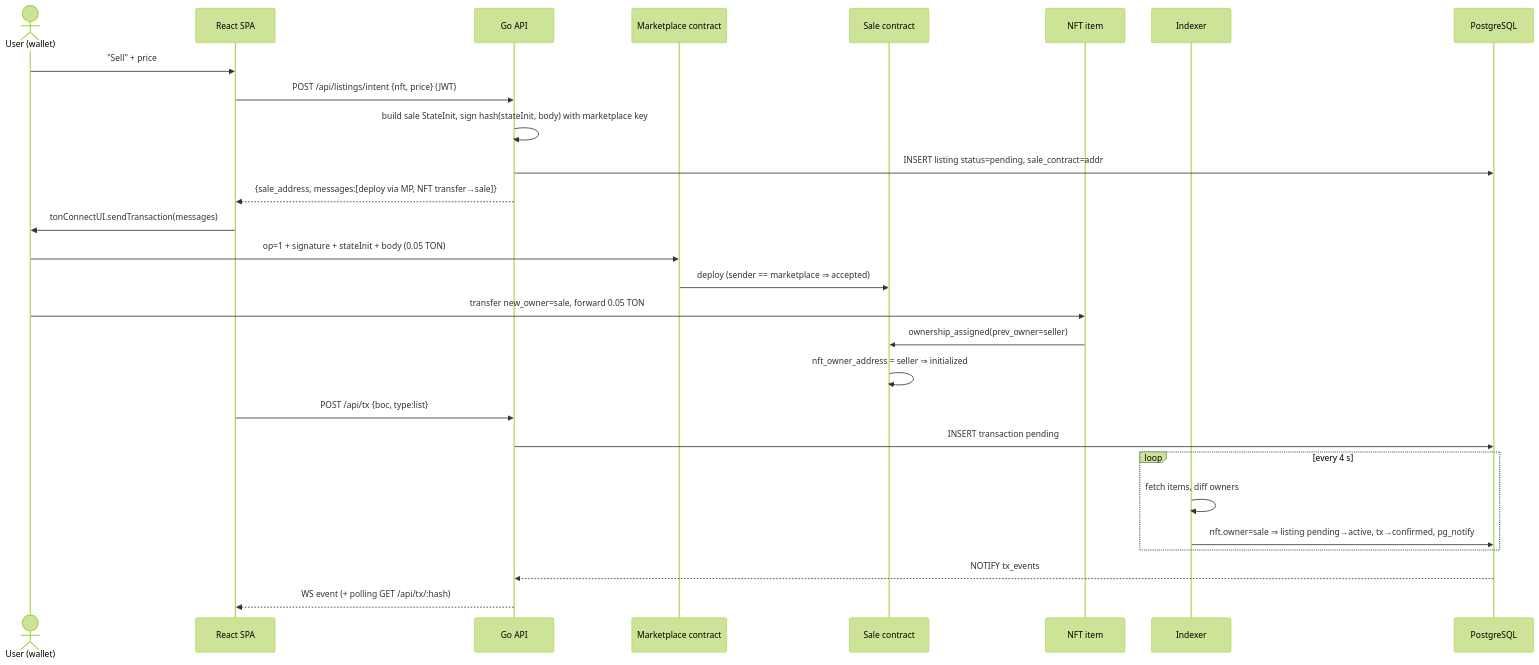
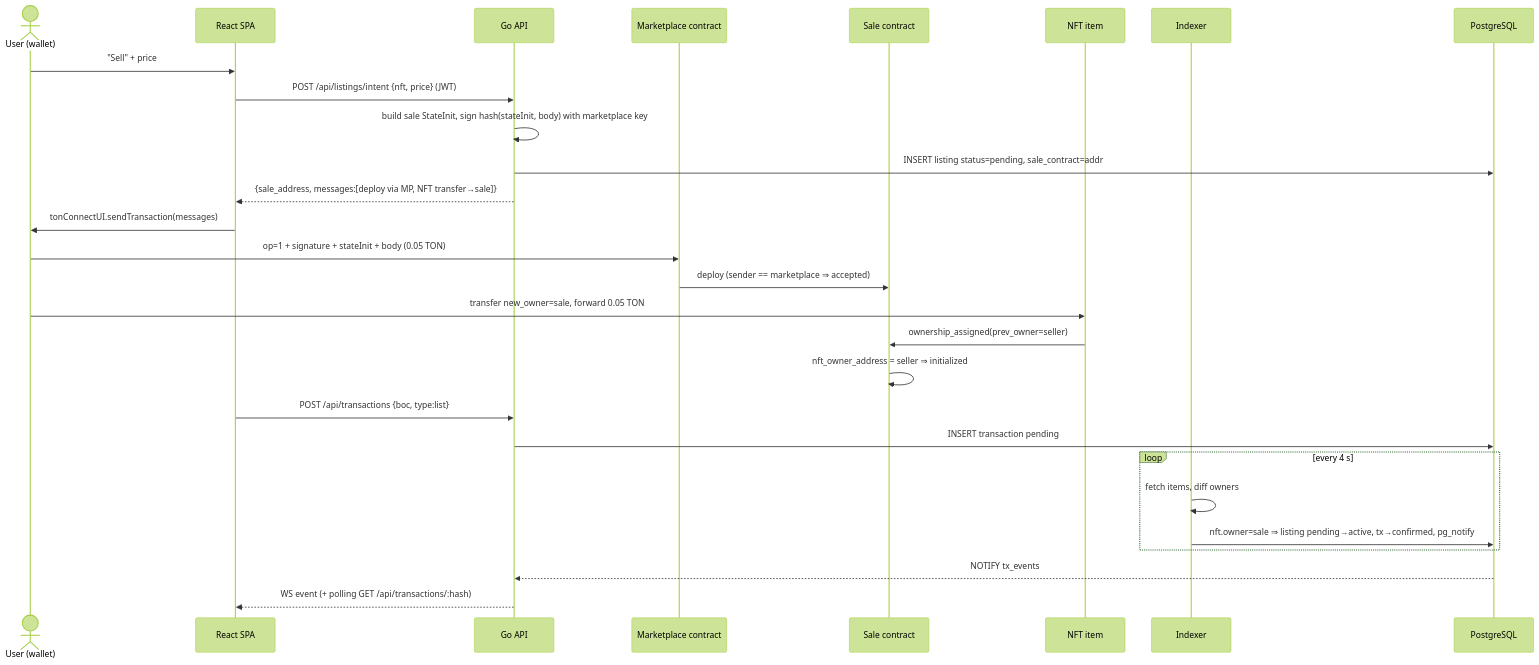
Before and after one commit to setdarovDEV/ton: the second of 3 diagrams in docs/architecture.md, drawn with Mermaid (forest theme). The commit also changed other lines of this file and 40 other files, not shown here.

First line of the commit message:
refactor: address architecture review findings

````diff
--- a/docs/architecture.md
+++ b/docs/architecture.md
@@ -31,31 +31,31 @@
 ```mermaid
 sequenceDiagram
     actor U as User (wallet)
     participant FE as React SPA
     participant API as Go API
     participant MP as Marketplace contract
     participant S as Sale contract
     participant NFT as NFT item
     participant IDX as Indexer
     participant DB as PostgreSQL
 
     U->>FE: "Sell" + price
     FE->>API: POST /api/listings/intent {nft, price} (JWT)
     API->>API: build sale StateInit, sign hash(stateInit, body) with marketplace key
     API->>DB: INSERT listing status=pending, sale_contract=addr
     API-->>FE: {sale_address, messages:[deploy via MP, NFT transfer→sale]}
     FE->>U: tonConnectUI.sendTransaction(messages)
     U->>MP: op=1 + signature + stateInit + body (0.05 TON)
     MP->>S: deploy (sender == marketplace ⇒ accepted)
     U->>NFT: transfer new_owner=sale, forward 0.05 TON
     NFT->>S: ownership_assigned(prev_owner=seller)
     S->>S: nft_owner_address = seller ⇒ initialized
-    FE->>API: POST /api/tx {boc, type:list}
+    FE->>API: POST /api/transactions {boc, type:list}
     API->>DB: INSERT transaction pending
     loop every 4 s
         IDX->>IDX: fetch items, diff owners
         IDX->>DB: nft.owner=sale ⇒ listing pending→active, tx→confirmed, pg_notify
     end
     DB-->>API: NOTIFY tx_events
-    API-->>FE: WS event (+ polling GET /api/tx/:hash)
+    API-->>FE: WS event (+ polling GET /api/transactions/:hash)
 ```
````
